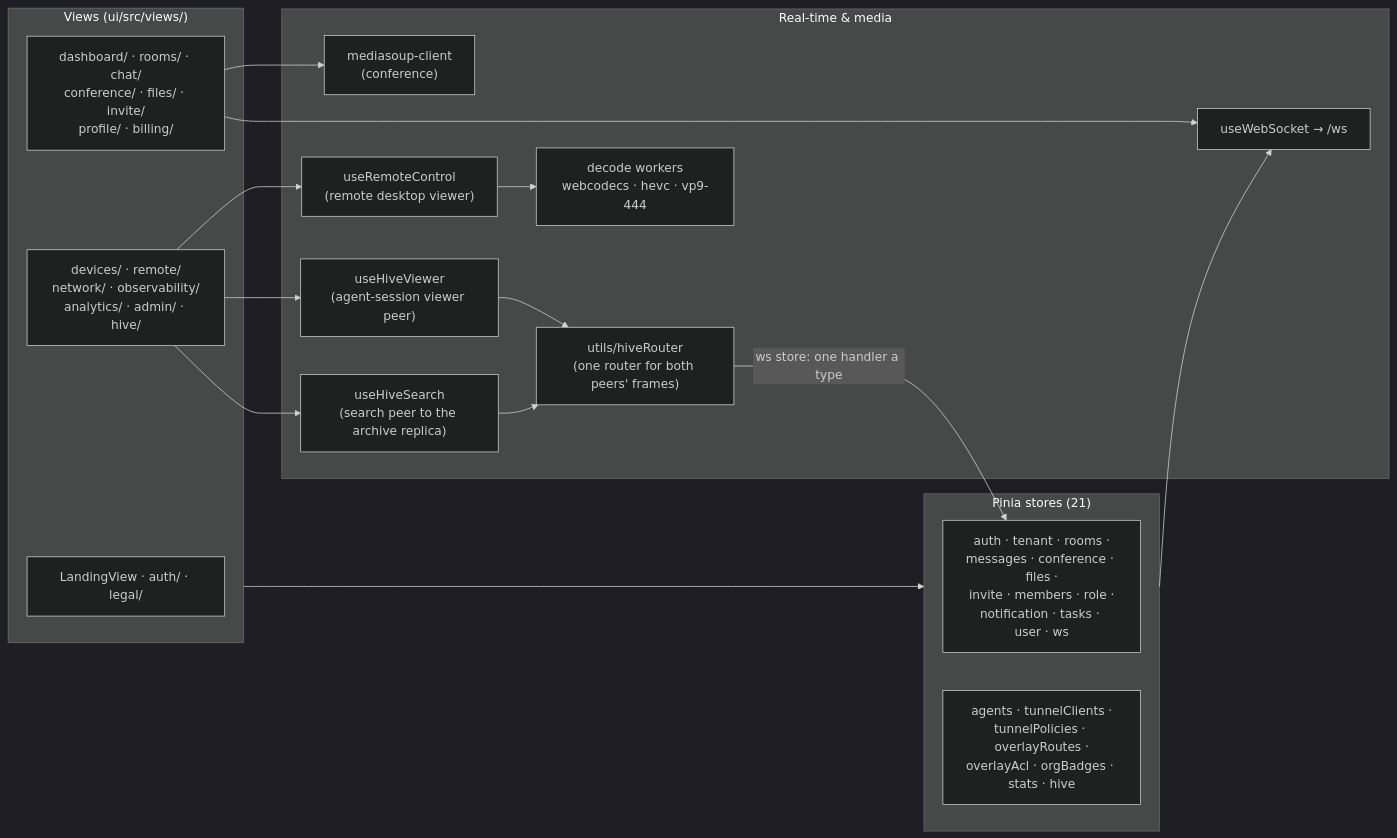
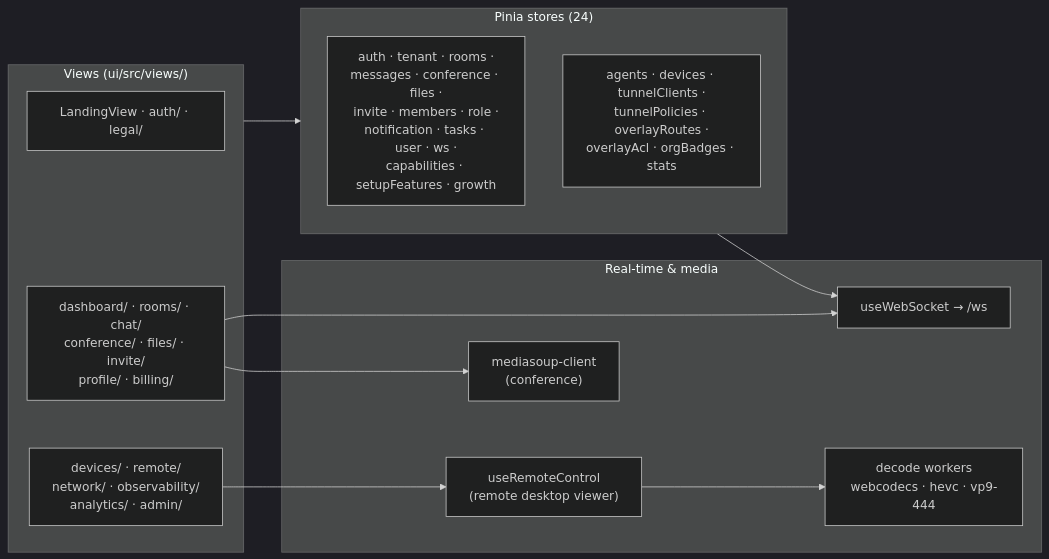
One commit to gjovanov/roomler-ai changed the first of 8 diagrams in docs/ui.md. Above: the diagram before and after it, drawn with Mermaid (dark theme). The commit also changed other lines of this file and 16 other files, not shown here.

````diff
--- a/docs/ui.md
+++ b/docs/ui.md
@@ -7,30 +7,25 @@
 ```mermaid
 flowchart LR
     subgraph views["Views (ui/src/views/)"]
         L["LandingView · auth/ · legal/"]
         CORE["dashboard/ · rooms/ · chat/<br/>conference/ · files/ · invite/<br/>profile/ · billing/"]
-        FLEET["devices/ · remote/<br/>network/ · observability/<br/>analytics/ · admin/ · hive/"]
+        FLEET["devices/ · remote/<br/>network/ · observability/<br/>analytics/ · admin/"]
     end
 
-    subgraph state["Pinia stores (21)"]
-        S1["auth · tenant · rooms ·<br/>messages · conference · files ·<br/>invite · members · role ·<br/>notification · tasks · user · ws"]
-        S2["agents · tunnelClients ·<br/>tunnelPolicies · overlayRoutes ·<br/>overlayAcl · orgBadges · stats · hive"]
+    subgraph state["Pinia stores (24)"]
+        S1["auth · tenant · rooms ·<br/>messages · conference · files ·<br/>invite · members · role ·<br/>notification · tasks · user · ws ·<br/>capabilities · setupFeatures · growth"]
+        S2["agents · devices · tunnelClients ·<br/>tunnelPolicies · overlayRoutes ·<br/>overlayAcl · orgBadges · stats"]
     end
 
     subgraph rt["Real-time & media"]
         WS["useWebSocket → /ws"]
         MS["mediasoup-client<br/>(conference)"]
         RC["useRemoteControl<br/>(remote desktop viewer)"]
-        HV["useHiveViewer<br/>(agent-session viewer peer)"]
-        HS["useHiveSearch<br/>(search peer to the archive replica)"]
-        HR["utils/hiveRouter<br/>(one router for both peers' frames)"]
         WK["decode workers<br/>webcodecs · hevc · vp9-444"]
     end
 
     views --> state
     CORE --> WS & MS
     FLEET --> RC --> WK
-    FLEET --> HV & HS
-    HV & HS --> HR -->|"ws store: one handler a type"| S1
     state --> WS
 ```
````
